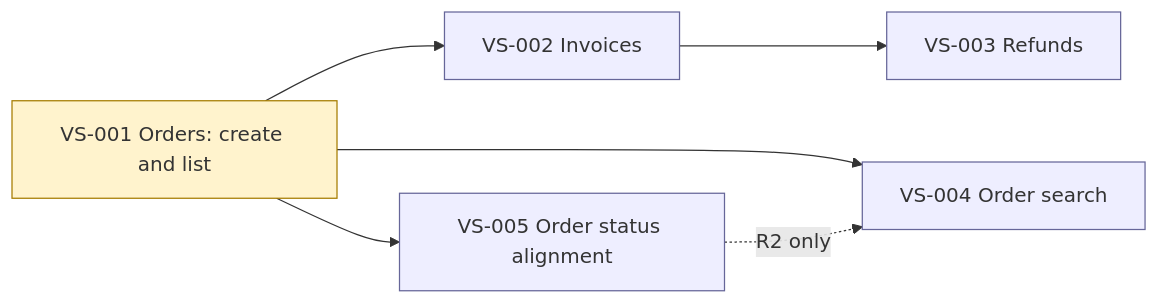
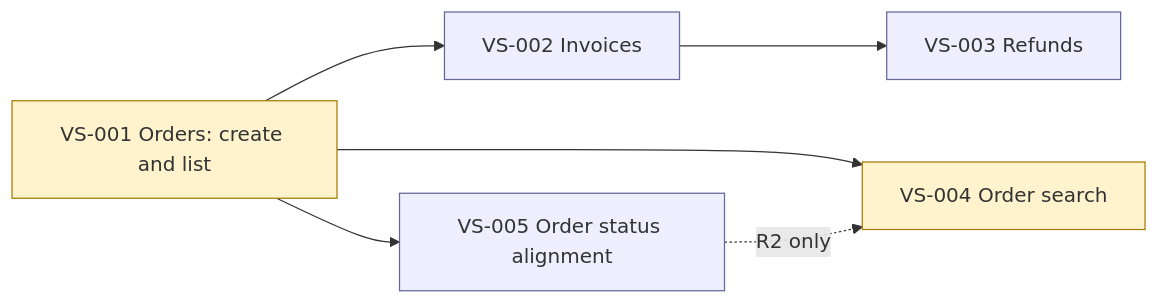
The diagram in docs/slices/INDEX.md (sergiosaraiva/quorum-agentic-framework), drawn with Mermaid before and after one commit. The commit also changed other lines of this file and 9 other files, not shown here.

````diff
--- a/docs/slices/INDEX.md
+++ b/docs/slices/INDEX.md
@@ -21,12 +21,12 @@
 ```mermaid
 graph LR
   VS001["VS-001 Orders: create and list"] --> VS002["VS-002 Invoices"]
   VS002 --> VS003["VS-003 Refunds"]
   VS001 --> VS004["VS-004 Order search"]
   VS001 --> VS005["VS-005 Order status alignment"]
   VS005 -. R2 only .-> VS004
   classDef inprogress fill:#fff3cd,stroke:#a67c00;
   classDef proposed fill:#eef,stroke:#669;
-  class VS001 inprogress;
-  class VS002,VS003,VS004,VS005 proposed;
+  class VS001,VS004 inprogress;
+  class VS002,VS003,VS005 proposed;
 ```
````
